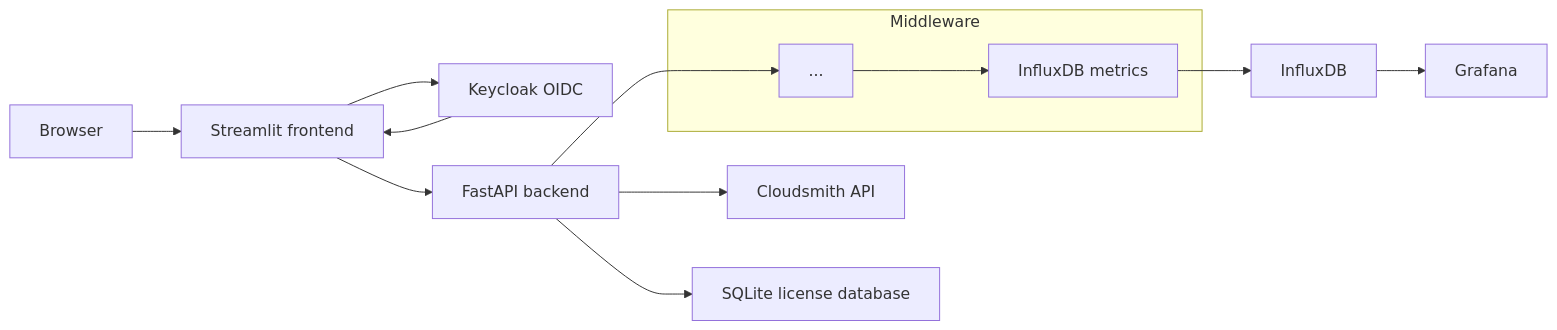
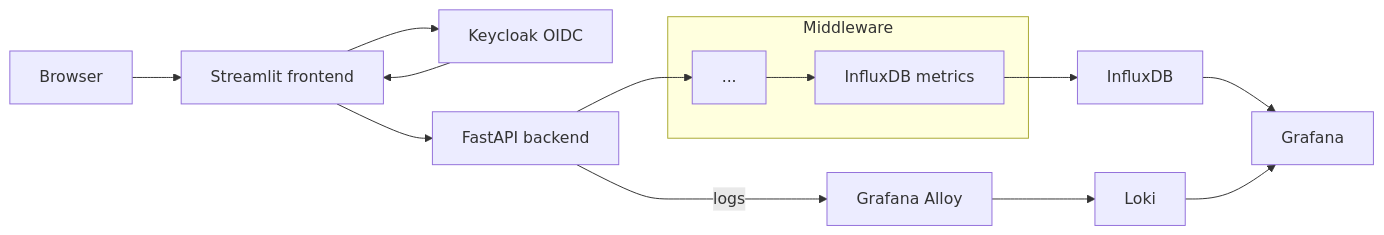
Before and after one commit to ValentinTwin1206/modern-python-devops-egineering: the diagram in docs/chapter-04/section-02.md, drawn with Mermaid. The commit also changed other lines of this file and 26 other files, not shown here.

````diff
--- a/docs/chapter-04/section-02.md
+++ b/docs/chapter-04/section-02.md
@@ -12,15 +14,16 @@
 ```mermaid
 flowchart LR
     B["Browser"] --> F["Streamlit frontend"]
     F --> K["Keycloak OIDC"]
     K --> F
     F --> A["FastAPI backend"]
     A --> GUARD["..."]
     subgraph MIDDLEWARE["Middleware"]
       GUARD --> METRICS["InfluxDB metrics"]
     end
     METRICS --> INFLUXDB["InfluxDB"]
     INFLUXDB --> GRAFANA["Grafana"]
-    A --> C["Cloudsmith API"]
-    A --> D["SQLite license database"]
+    A -->|logs| ALLOY["Grafana Alloy"]
+    ALLOY --> LOKI["Loki"]
+    LOKI --> GRAFANA
 ```
````
